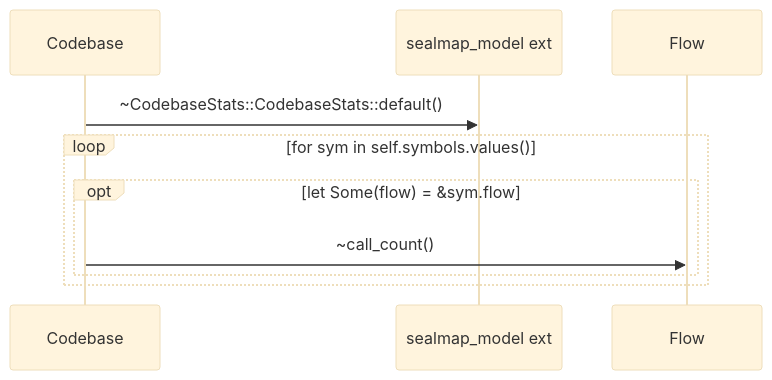
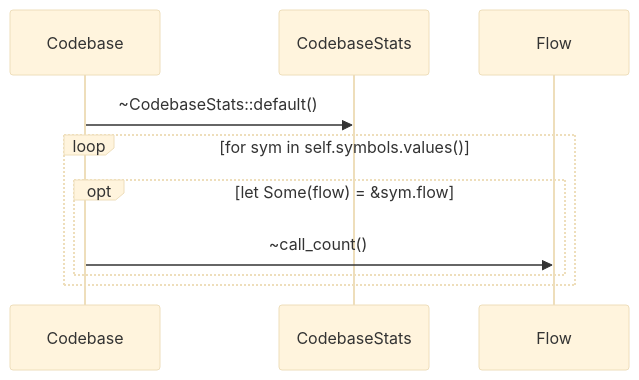
The sixth of 6 diagrams in docs/sealmap/crates/sealmap-model/src/codebase.rs.md (DreamLab-AI/codemaid), drawn with Mermaid (base theme) before and after one commit. The commit also changed 29 other files, not shown here.

````diff
--- a/docs/sealmap/crates/sealmap-model/src/codebase.rs.md
+++ b/docs/sealmap/crates/sealmap-model/src/codebase.rs.md
@@ -143,12 +143,12 @@
 ```mermaid
 sequenceDiagram
   participant sealmap_model__codebase___tCodebase as Codebase
-  participant _sealmap_model as sealmap_model ext
+  participant sealmap_model__codebase___tCodebaseStats as CodebaseStats
   participant sealmap_model__flow___tFlow as Flow
-  sealmap_model__codebase___tCodebase->>_sealmap_model: ~CodebaseStats::CodebaseStats::default()
+  sealmap_model__codebase___tCodebase->>sealmap_model__codebase___tCodebaseStats: ~CodebaseStats::default()
   loop for sym in self.symbols.values()
     opt let Some(flow) = &sym.flow
       sealmap_model__codebase___tCodebase->>sealmap_model__flow___tFlow: ~call_count()
     end
   end
 ```
````
